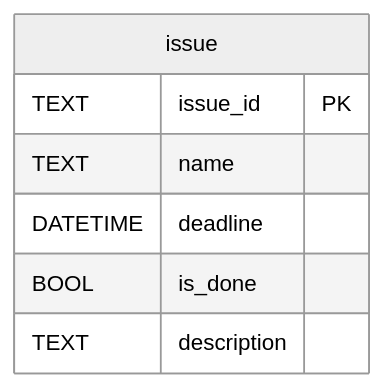
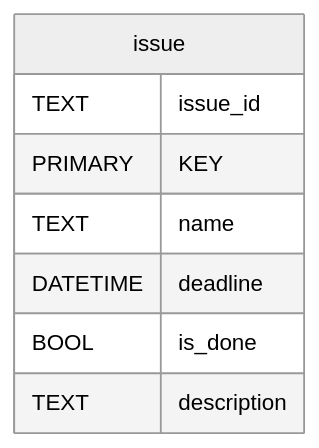
The diagram in README.md (pesebeck-maker/issue-tracker), drawn with Mermaid (neutral theme) before and after one commit.

Commit message:
Fix primary key declaration for issue_id in ER diagram

````diff
--- a/README.md
+++ b/README.md
@@ -4,11 +4,11 @@
 ```mermaid
 erDiagram
 
 issue {
-  TEXT issue_id PK
+  TEXT issue_id PRIMARY KEY
   TEXT name
   DATETIME deadline
   BOOL is_done
   TEXT description
   }
 ```
````
